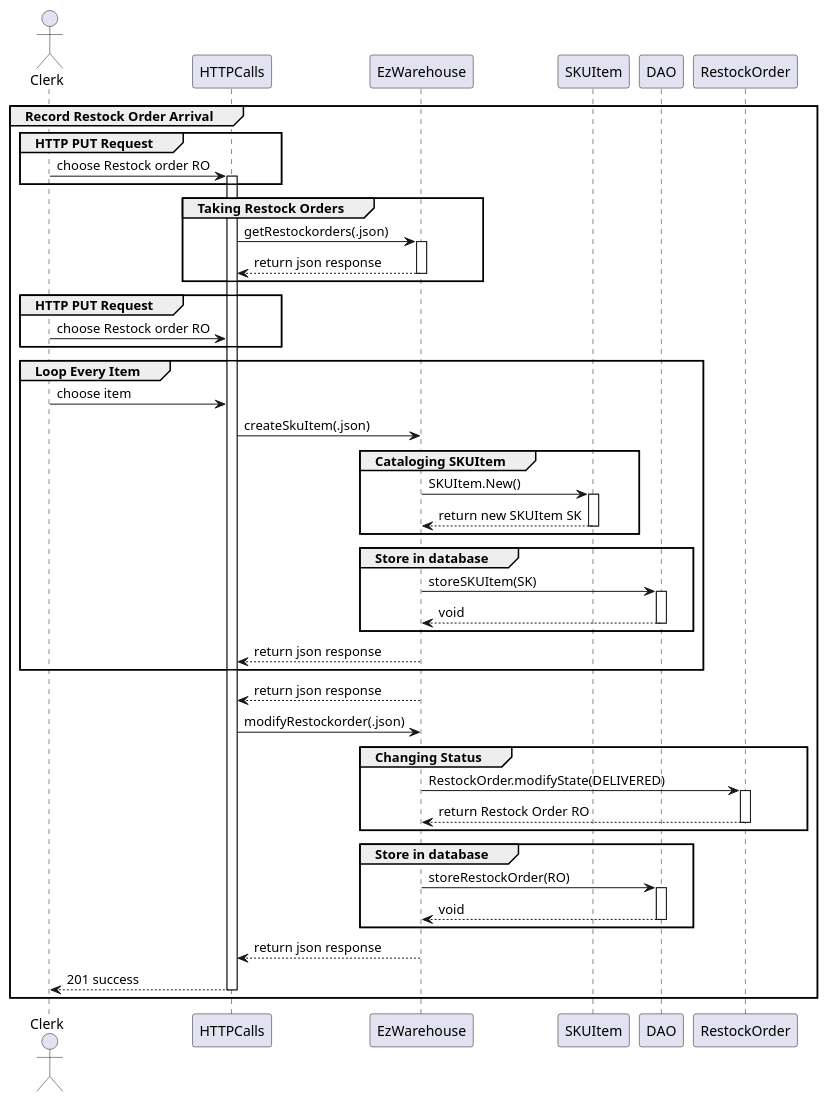
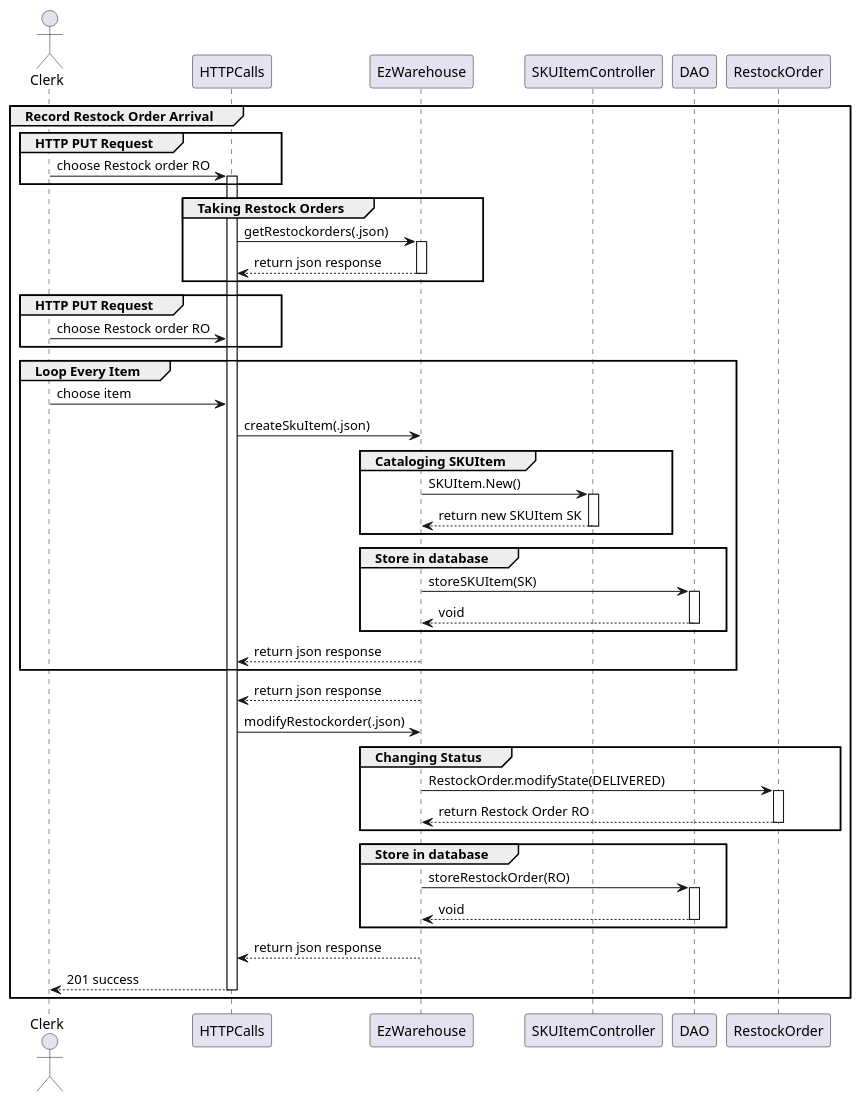
One commit to DavideArcolini/SoftEng_garbageCollector changed the tenth of 19 diagrams in DesignDocument.md. Above: the diagram before and after it, drawn with PlantUML. The commit also changed other lines of this file and 5 other files, not shown here.

````diff
--- a/DesignDocument.md
+++ b/DesignDocument.md
@@ -590,71 +596,71 @@
 ```plantuml
 @startuml
 actor Clerk 
 participant HTTPCalls
 participant EzWarehouse
-participant SKUItem
+participant SKUItemController as SKUItem
 participant DAO
 
 group Record Restock Order Arrival
 group HTTP PUT Request
 Clerk->HTTPCalls: choose Restock order RO
 activate HTTPCalls
 end
 
 group Taking Restock Orders
 HTTPCalls->EzWarehouse:   getRestockorders(.json)
 activate EzWarehouse
 EzWarehouse-->HTTPCalls: return json response
 deactivate EzWarehouse
 end
 
 group HTTP PUT Request
 Clerk->HTTPCalls: choose Restock order RO
 end
 group Loop Every Item
 Clerk->HTTPCalls: choose item
 HTTPCalls->EzWarehouse:   createSkuItem(.json)
 
 group Cataloging SKUItem
 EzWarehouse->SKUItem: SKUItem.New()
 activate SKUItem
 SKUItem-->EzWarehouse: return new SKUItem SK
 deactivate SKUItem
 end
 
 group Store in database
 EzWarehouse->DAO: storeSKUItem(SK)
 activate DAO
 DAO-->EzWarehouse: void
 deactivate DAO
 end
 
 EzWarehouse-->HTTPCalls: return json response
 deactivate EzWarehouse
 end
 
 EzWarehouse-->HTTPCalls: return json response
 HTTPCalls->EzWarehouse: modifyRestockorder(.json)
 
 group Changing Status
 EzWarehouse->RestockOrder: RestockOrder.modifyState(DELIVERED)
 activate RestockOrder
 RestockOrder-->EzWarehouse: return Restock Order RO
 deactivate RestockOrder
 end
 
 group Store in database
 EzWarehouse->DAO: storeRestockOrder(RO)
 activate DAO
 DAO-->EzWarehouse: void
 deactivate DAO
 end
 
 EzWarehouse-->HTTPCalls: return json response
 deactivate EzWarehouse
 
 HTTPCalls-->Clerk: 201 success
 deactivate HTTPCalls
 end
 @enduml
 ```
````
